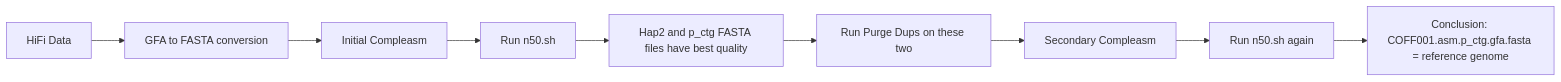
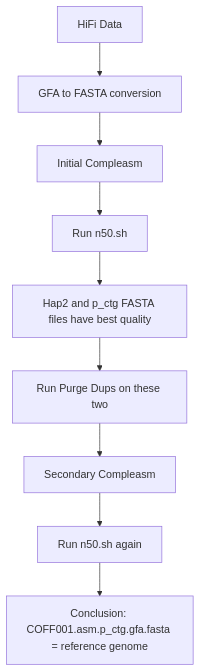
Before and after one commit to mzywj2/Thesis-Project: the first of 2 diagrams in README.md, drawn with Mermaid. The commit also changed other lines of this file, not shown here.

````diff
--- a/README.md
+++ b/README.md
@@ -353,12 +353,12 @@
 ```mermaid
-graph LR;
+graph TD;
 A[HiFi Data] --> B[GFA to FASTA conversion];
     B --> C[Initial Compleasm];
     C --> D[Run n50.sh];
     D --> E[Hap2 and p_ctg FASTA files have best quality];
     E --> F[Run Purge Dups on these two];
     F --> G[Secondary Compleasm];
     G --> H[Run n50.sh again];
     H --> I[Conclusion: COFF001.asm.p_ctg.gfa.fasta = reference genome];
 
 ```
````
